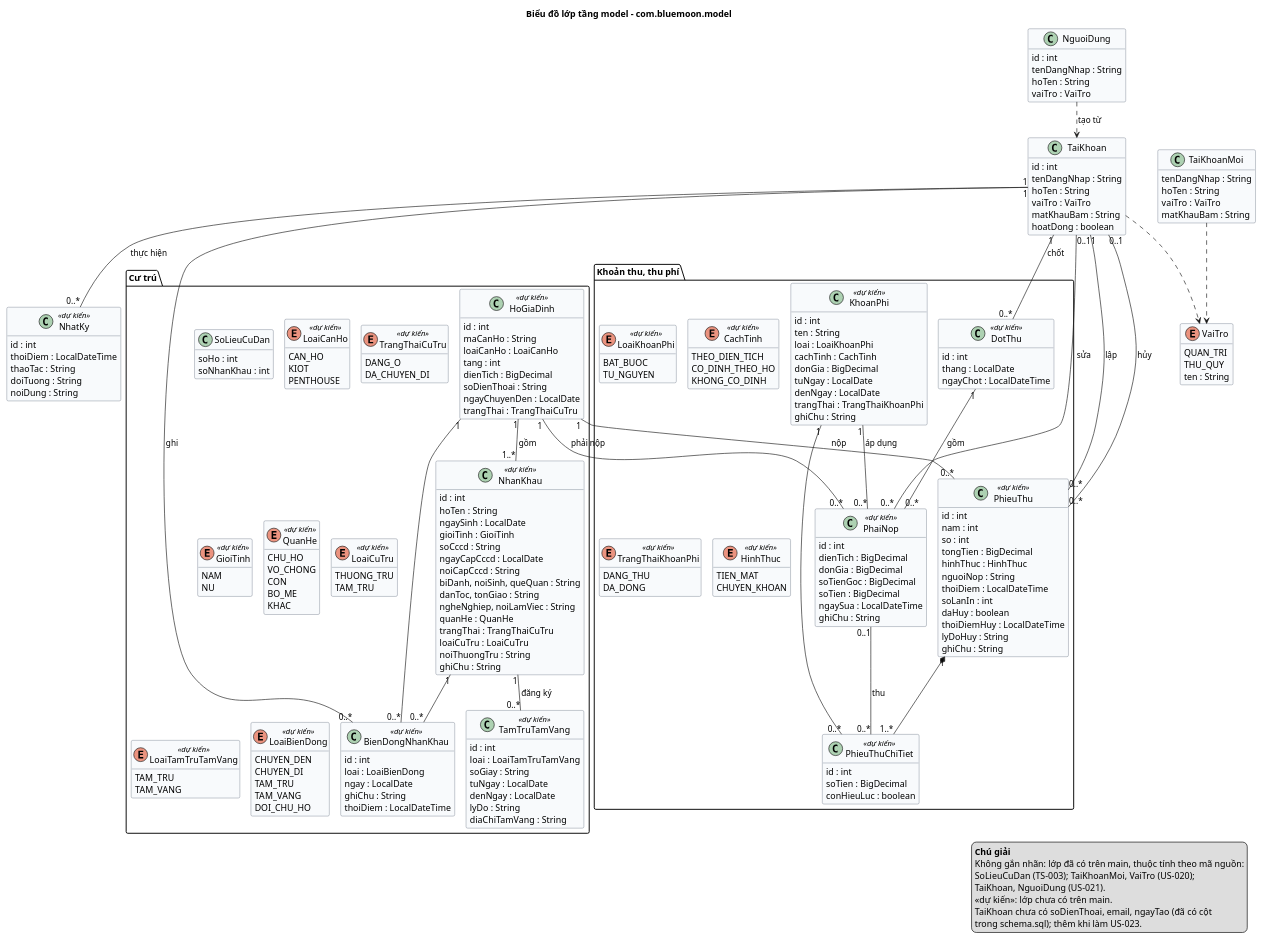
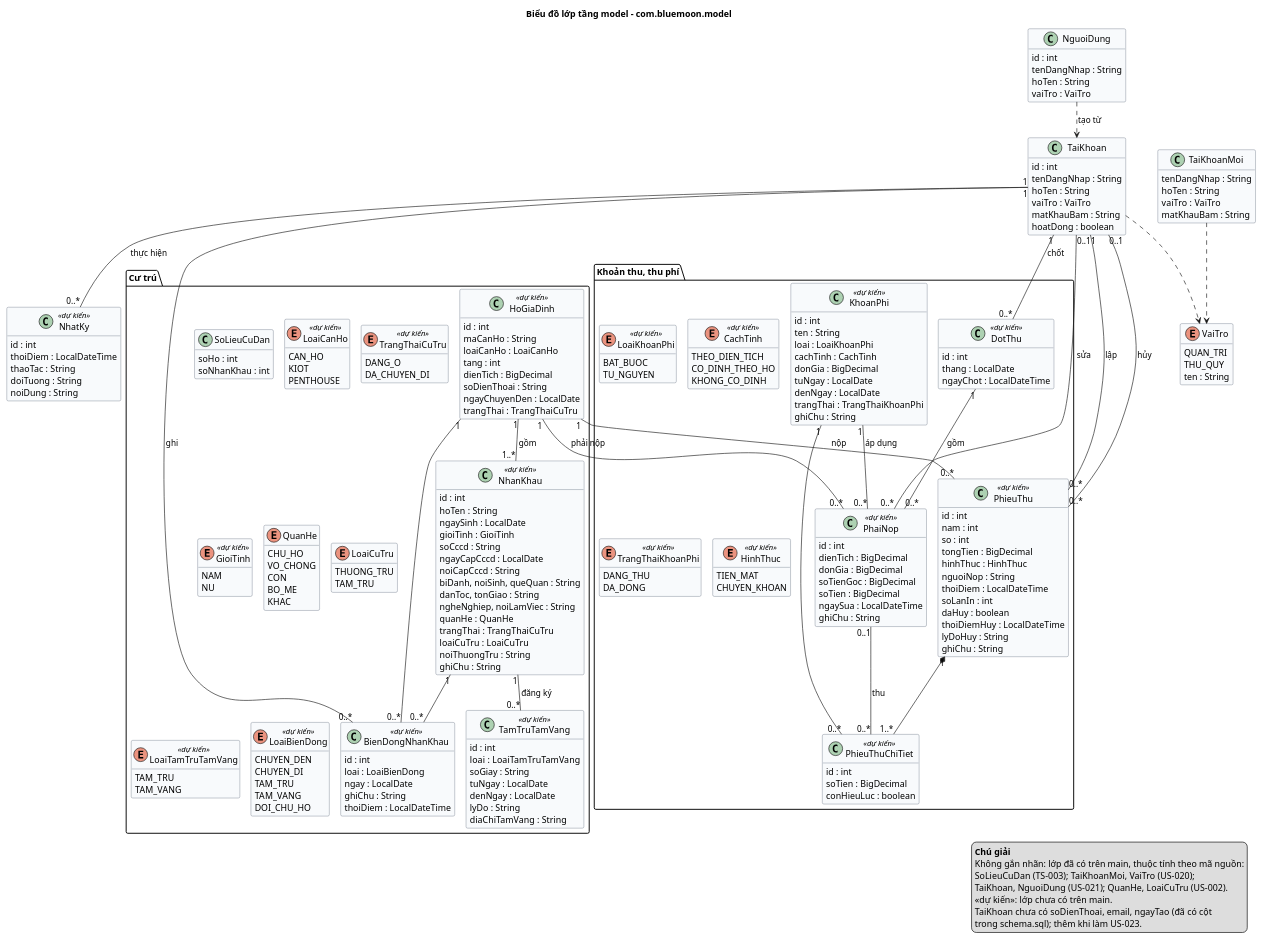
Before and after one commit to khanhdoan4106/IT3180-NMCNPM-GR16-20261: the diagram in docs/design/so-do/bieu-do-lop-model.puml, drawn with PlantUML. The commit also changed 4 other files, not shown here.

```diff
--- a/docs/design/so-do/bieu-do-lop-model.puml
+++ b/docs/design/so-do/bieu-do-lop-model.puml
@@ -115,14 +115,14 @@
     NAM
     NU
   }
-  enum QuanHe <<dự kiến>> {
+  enum QuanHe {
     CHU_HO
     VO_CHONG
     CON
     BO_ME
     KHAC
   }
-  enum LoaiCuTru <<dự kiến>> {
+  enum LoaiCuTru {
     THUONG_TRU
     TAM_TRU
   }
@@ -231,7 +231,7 @@
   <b>Chú giải</b>
   Không gắn nhãn: lớp đã có trên main, thuộc tính theo mã nguồn:
   SoLieuCuDan (TS-003); TaiKhoanMoi, VaiTro (US-020);
-  TaiKhoan, NguoiDung (US-021).
+  TaiKhoan, NguoiDung (US-021); QuanHe, LoaiCuTru (US-002).
   «dự kiến»: lớp chưa có trên main.
   TaiKhoan chưa có soDienThoai, email, ngayTao (đã có cột
   trong schema.sql); thêm khi làm US-023.
```
